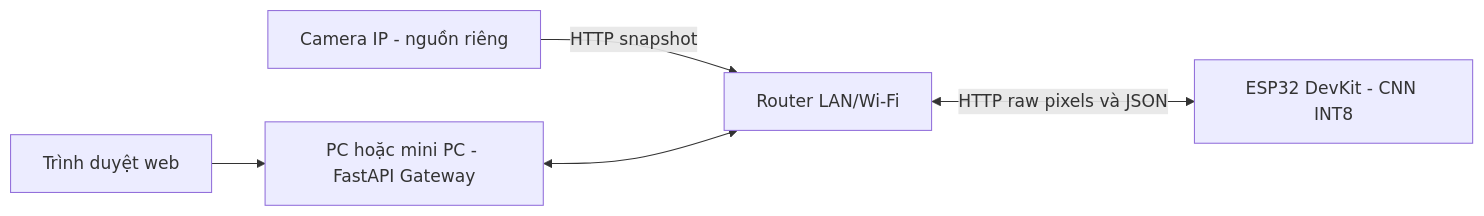
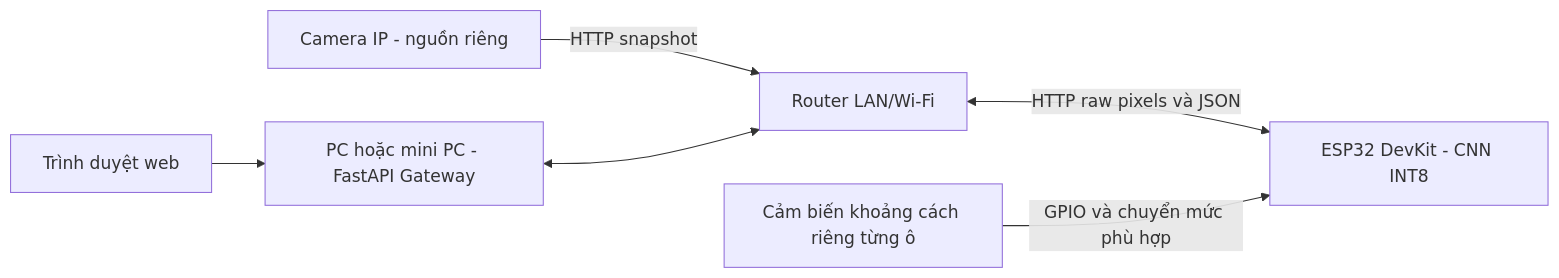
One commit to kienlc102/Project-3 changed the diagram in docs/hardware_wiring.md. Above: the diagram before and after it, drawn with Mermaid. The commit also changed other lines of this file and 7 other files, not shown here.

````diff
--- a/docs/hardware_wiring.md
+++ b/docs/hardware_wiring.md
@@ -10,7 +13,8 @@
 ```mermaid
 flowchart LR
     Camera[Camera IP - nguồn riêng] -->|HTTP snapshot| Router[Router LAN/Wi-Fi]
     PC[PC hoặc mini PC - FastAPI Gateway] <--> Router
     Router <-->|HTTP raw pixels và JSON| Board[ESP32 DevKit - CNN INT8]
+    Sensors[Cảm biến khoảng cách riêng từng ô] -->|GPIO và chuyển mức phù hợp| Board
     Browser[Trình duyệt web] --> PC
 ```
````
